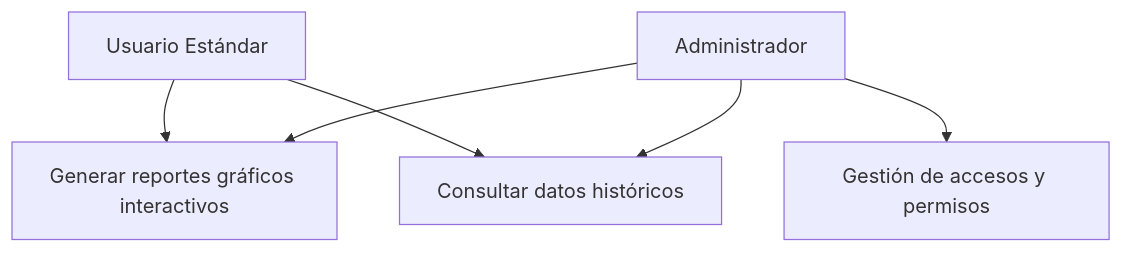
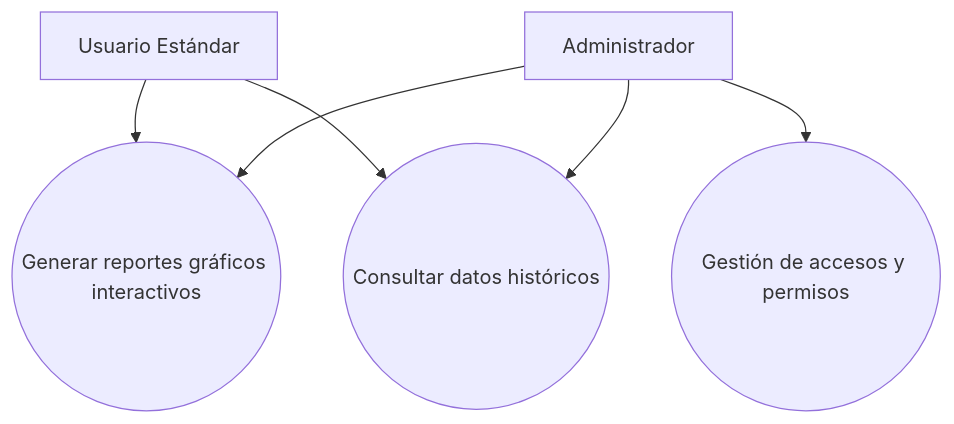
Before and after one commit to UPT-FAING-EPIS/proyecto-si885-2024-ii-u2-tg04lunaquispemamanihernandezmeza: the second of 4 diagrams in FD03-EPIS-Informe Especificación Requerimientos.md, drawn with Mermaid.

Commit message:
Update FD03-EPIS-Informe Especificación Requerimientos.md

````diff
--- a/FD03-EPIS-Informe Especificación Requerimientos.md
+++ b/FD03-EPIS-Informe Especificación Requerimientos.md
@@ -256,19 +256,19 @@
 ```mermaid
-
 graph TD
     %% Definición de los actores
     A[Usuario Estándar]
     B[Administrador]
 
-    %% Definición de los casos de uso
-    C[Generar reportes gráficos interactivos]
-    D[Consultar datos históricos]
-    E[Gestión de accesos y permisos]
+    %% Definición de los casos de uso con forma ovalada
+    C((Generar reportes gráficos interactivos))
+    D((Consultar datos históricos))
+    E((Gestión de accesos y permisos))
 
     %% Conexiones
     A --> C
     A --> D
     B --> C
     B --> D
     B --> E
+
 ```
````
